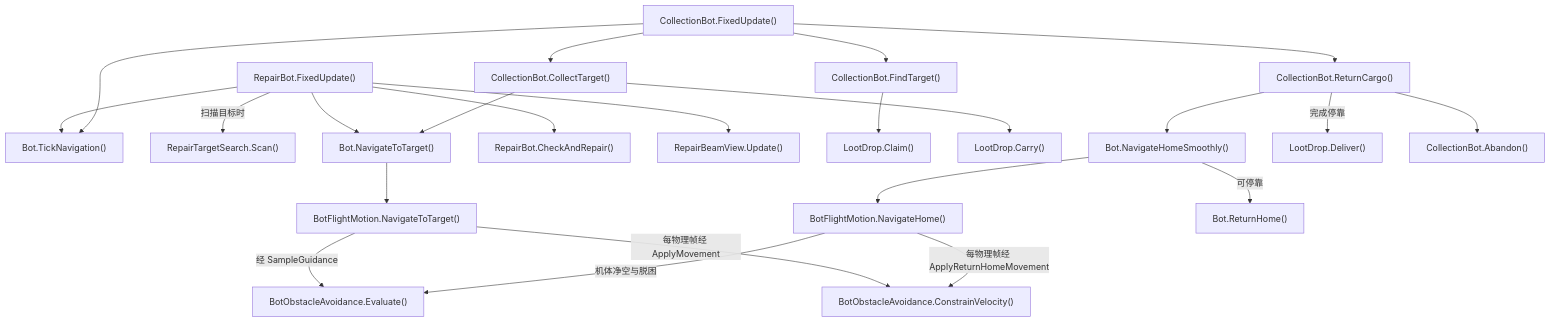
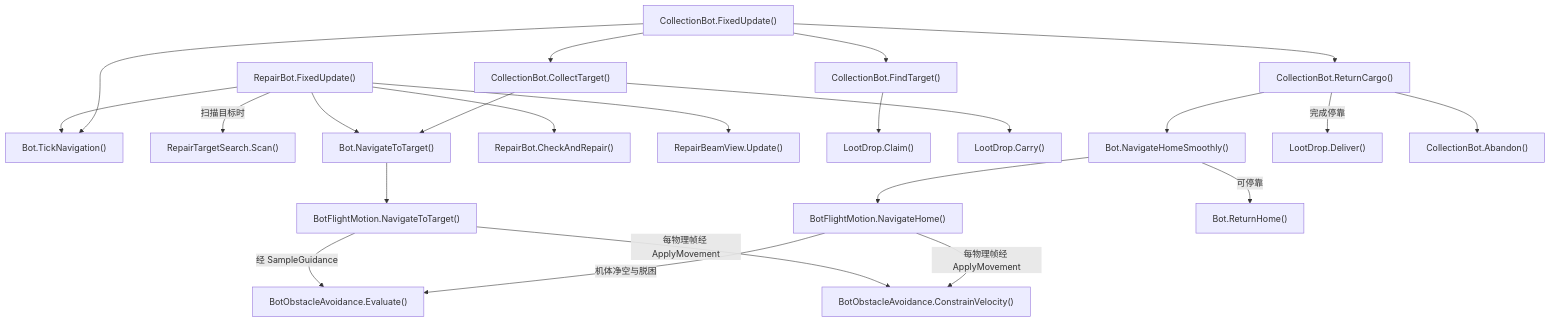
One commit to kukudia/HY-Sandbox changed diagram 11 of 41 in Docs/RuntimeFlow.md. Above: the diagram before and after it, drawn with Mermaid. The commit also changed other lines of this file and 23 other files, not shown here.

````diff
--- a/Docs/RuntimeFlow.md
+++ b/Docs/RuntimeFlow.md
@@ -1110,65 +1110,65 @@
 ```mermaid
 flowchart TD
     A["RepairBot.FixedUpdate()"]
     click A "../Assets/Scripts/Features/Bots/RepairBot.cs#L36" "打开源码"
     B["Bot.TickNavigation()"]
-    click B "../Assets/Scripts/Features/Bots/Bot.cs#L158" "打开源码"
+    click B "../Assets/Scripts/Features/Bots/Bot.cs#L79" "打开源码"
     C["RepairTargetSearch.Scan()"]
     click C "../Assets/Scripts/Features/Bots/RepairTargetSearch.cs#L15" "打开源码"
     D["Bot.NavigateToTarget()"]
-    click D "../Assets/Scripts/Features/Bots/Bot.cs#L247" "打开源码"
+    click D "../Assets/Scripts/Features/Bots/Bot.cs#L168" "打开源码"
     E["BotFlightMotion.NavigateToTarget()"]
-    click E "../Assets/Scripts/Features/Bots/BotFlightMotion.cs#L58" "打开源码"
+    click E "../Assets/Scripts/Features/Bots/BotFlightMotion.cs#L43" "打开源码"
     F["BotObstacleAvoidance.Evaluate()"]
     click F "../Assets/Scripts/Features/Bots/BotObstacleAvoidance.cs#L69" "打开源码"
     G["RepairBot.CheckAndRepair()"]
     click G "../Assets/Scripts/Features/Bots/RepairBot.cs#L110" "打开源码"
     H["RepairBeamView.Update()"]
     click H "../Assets/Scripts/Features/Bots/RepairBeamView.cs#L49" "打开源码"
     I["CollectionBot.FixedUpdate()"]
     click I "../Assets/Scripts/Features/Bots/CollectionBot.cs#L31" "打开源码"
     J["CollectionBot.FindTarget()"]
     click J "../Assets/Scripts/Features/Bots/CollectionBot.cs#L106" "打开源码"
     K["LootDrop.Claim()"]
     click K "../Assets/Scripts/Features/Salvage/LootDrop.cs#L188" "打开源码"
     L["CollectionBot.CollectTarget()"]
     click L "../Assets/Scripts/Features/Bots/CollectionBot.cs#L82" "打开源码"
     M["LootDrop.Carry()"]
     click M "../Assets/Scripts/Features/Salvage/LootDrop.cs#L200" "打开源码"
     N["CollectionBot.ReturnCargo()"]
     click N "../Assets/Scripts/Features/Bots/CollectionBot.cs#L91" "打开源码"
     O["Bot.NavigateHomeSmoothly()"]
-    click O "../Assets/Scripts/Features/Bots/Bot.cs#L267" "打开源码"
+    click O "../Assets/Scripts/Features/Bots/Bot.cs#L188" "打开源码"
     P["BotFlightMotion.NavigateHome()"]
-    click P "../Assets/Scripts/Features/Bots/BotFlightMotion.cs#L69" "打开源码"
+    click P "../Assets/Scripts/Features/Bots/BotFlightMotion.cs#L48" "打开源码"
     Q["BotObstacleAvoidance.ConstrainVelocity()"]
     click Q "../Assets/Scripts/Features/Bots/BotObstacleAvoidance.cs#L258" "打开源码"
     R["Bot.ReturnHome()"]
-    click R "../Assets/Scripts/Features/Bots/Bot.cs#L310" "打开源码"
+    click R "../Assets/Scripts/Features/Bots/Bot.cs#L231" "打开源码"
     S["LootDrop.Deliver()"]
     click S "../Assets/Scripts/Features/Salvage/LootDrop.cs#L231" "打开源码"
     T["CollectionBot.Abandon()"]
     click T "../Assets/Scripts/Features/Bots/CollectionBot.cs#L143" "打开源码"
     A --> B
     A -->|扫描目标时| C
     A --> D
     D --> E
     E -->|经 SampleGuidance| F
     E -->|每物理帧经 ApplyMovement| Q
     A --> G
     A --> H
     I --> B
     I --> J
     J --> K
     I --> L
     L --> D
     L --> M
     I --> N
     N --> O
     O --> P
-    P -->|每物理帧经 ApplyReturnHomeMovement| Q
+    P -->|每物理帧经 ApplyMovement| Q
     P -->|机体净空与脱困| F
     O -->|可停靠| R
     N -->|完成停靠| S
     N --> T
 ```
````
